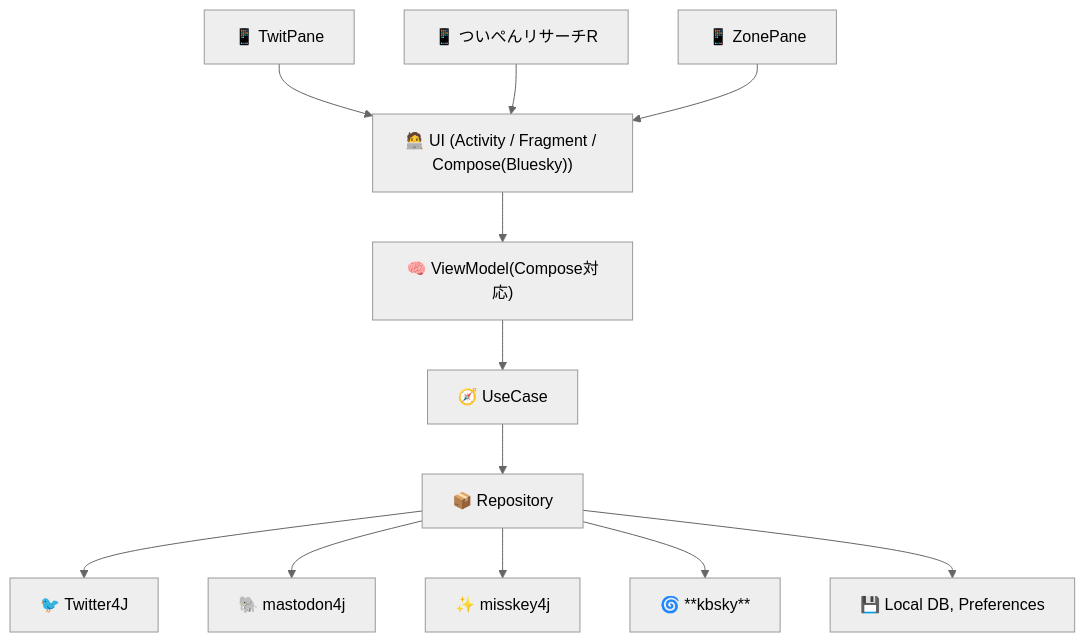
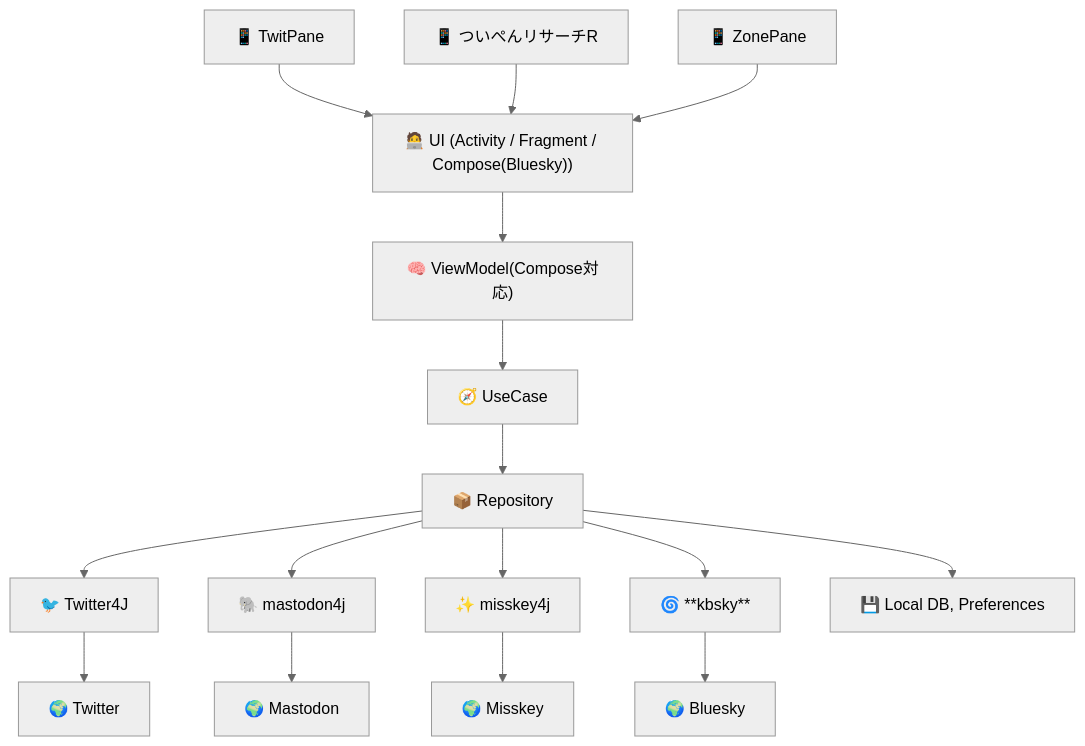
One commit to takke/mermaid_exam changed the fourth of 6 diagrams in twitpane.md. Above: the diagram before and after it, drawn with Mermaid (neutral theme). The commit also changed other lines of this file, not shown here.

````diff
--- a/twitpane.md
+++ b/twitpane.md
@@ -78,25 +93,34 @@
 ```mermaid
 flowchart TD
   TP["📱 TwitPane"]
   TPR["📱 ついぺんリサーチR"]
   ZP["📱 ZonePane"]
+
   UI["🧑‍💻 UI (Activity / Fragment / Compose(Bluesky))"]
   VM["🧠 ViewModel(Compose対応)"]
   UC["🧭 UseCase"]
   RP["📦 Repository"]
+
   TW["🐦 Twitter4J"]
   MA["🐘 mastodon4j"]
   MI["✨ misskey4j"]
   KB["🌀 **kbsky**"]
   DB["💾 Local DB, Preferences"]
 
+  S_TW["🌍 Twitter"]
+  S_MA["🌍 Mastodon"]
+  S_MI["🌍 Misskey"]
+  S_KB["🌍 Bluesky"]
+
   TP --> UI
   TPR --> UI
   ZP --> UI
+
   UI --> VM --> UC --> RP
-  RP --> TW
-  RP --> MA
-  RP --> MI
-  RP --> KB
+
+  RP --> TW --> S_TW
+  RP --> MA --> S_MA
+  RP --> MI --> S_MI
+  RP --> KB --> S_KB
   RP --> DB
 ```
````
